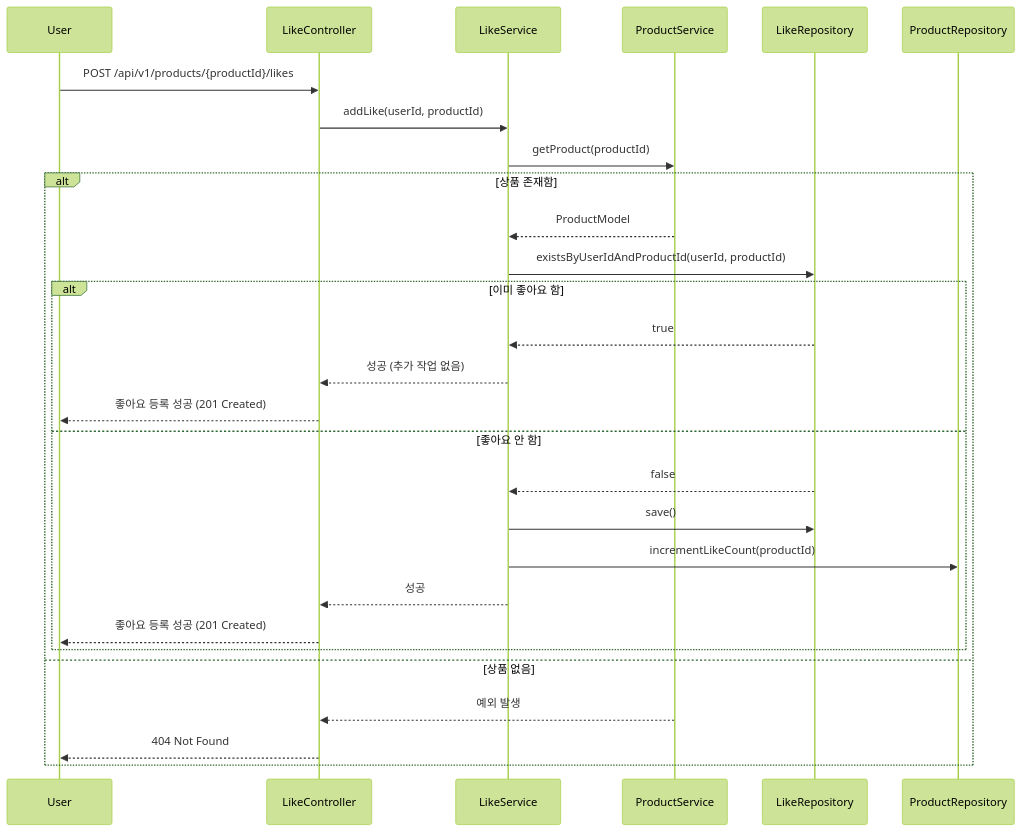
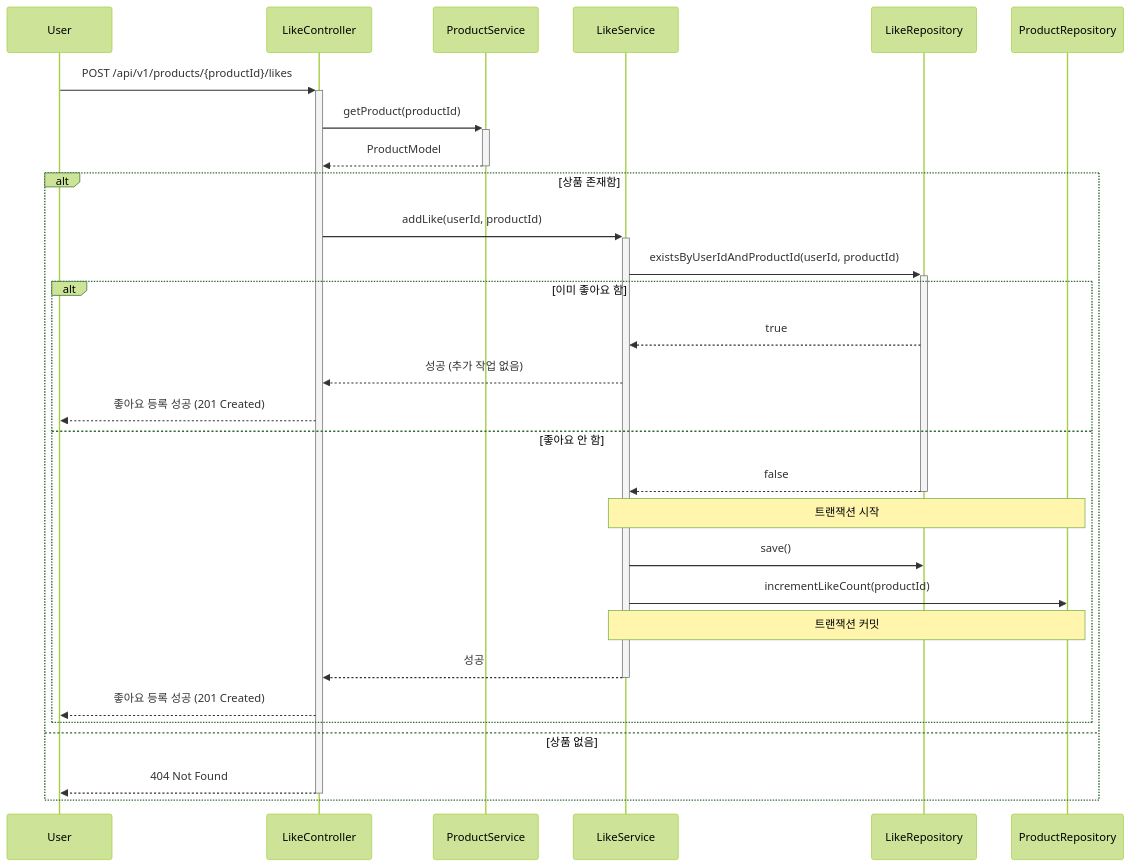
One commit to Loopers-dev-lab/loop-pack-be-l2-vol3-kotlin changed diagram 14 of 21 in .docs/design/02-sequence-diagrams.md. Above: the diagram before and after it, drawn with Mermaid (forest theme). The commit also changed other lines of this file, not shown here.

Commit message:
docs: 시퀀스 다이어그램 activation bar 추가

````diff
--- a/.docs/design/02-sequence-diagrams.md
+++ b/.docs/design/02-sequence-diagrams.md
@@ -414,32 +414,33 @@
 ```mermaid
 sequenceDiagram
     participant User
     participant LikeController
+    participant ProductService
     participant LikeService
-    participant ProductService
     participant LikeRepository
     participant ProductRepository
 
-    User ->> LikeController: POST /api/v1/products/{productId}/likes
-    LikeController ->> LikeService: addLike(userId, productId)
-    LikeService ->> ProductService: getProduct(productId)
-    
+    User ->>+ LikeController: POST /api/v1/products/{productId}/likes
+    LikeController ->>+ ProductService: getProduct(productId)
+    ProductService -->>- LikeController: ProductModel
+
     alt 상품 존재함
-        ProductService -->> LikeService: ProductModel
-        LikeService ->> LikeRepository: existsByUserIdAndProductId(userId, productId)
+        LikeController ->>+ LikeService: addLike(userId, productId)
+        LikeService ->>+ LikeRepository: existsByUserIdAndProductId(userId, productId)
         alt 이미 좋아요 함
             LikeRepository -->> LikeService: true
             LikeService -->> LikeController: 성공 (추가 작업 없음)
             LikeController -->> User: 좋아요 등록 성공 (201 Created)
         else 좋아요 안 함
-            LikeRepository -->> LikeService: false
+            LikeRepository -->>- LikeService: false
+            Note over LikeService, ProductRepository: 트랜잭션 시작
             LikeService ->> LikeRepository: save()
             LikeService ->> ProductRepository: incrementLikeCount(productId)
-            LikeService -->> LikeController: 성공
+            Note over LikeService, ProductRepository: 트랜잭션 커밋
+            LikeService -->>- LikeController: 성공
             LikeController -->> User: 좋아요 등록 성공 (201 Created)
         end
     else 상품 없음
-        ProductService -->> LikeController: 예외 발생
-        LikeController -->> User: 404 Not Found
+        LikeController -->>- User: 404 Not Found
     end
 ```
````
